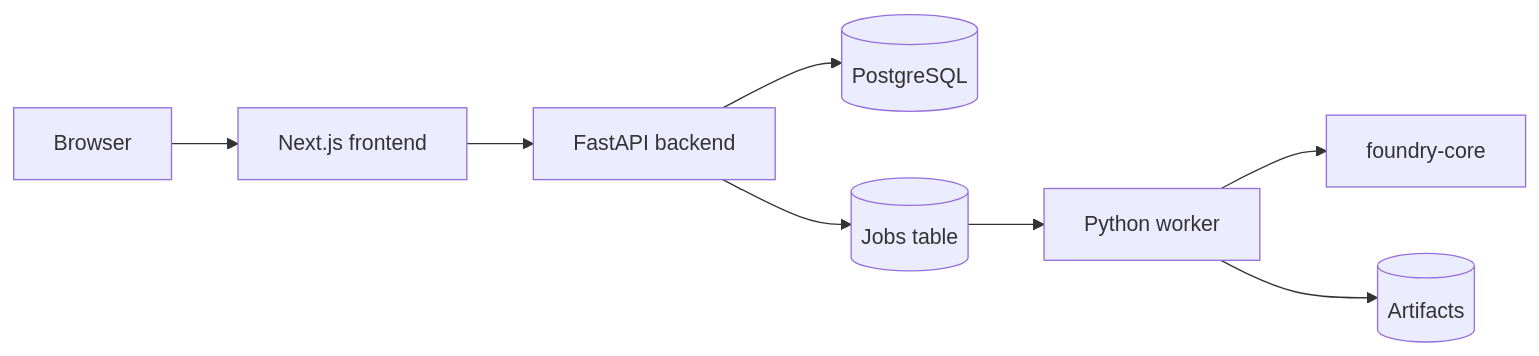
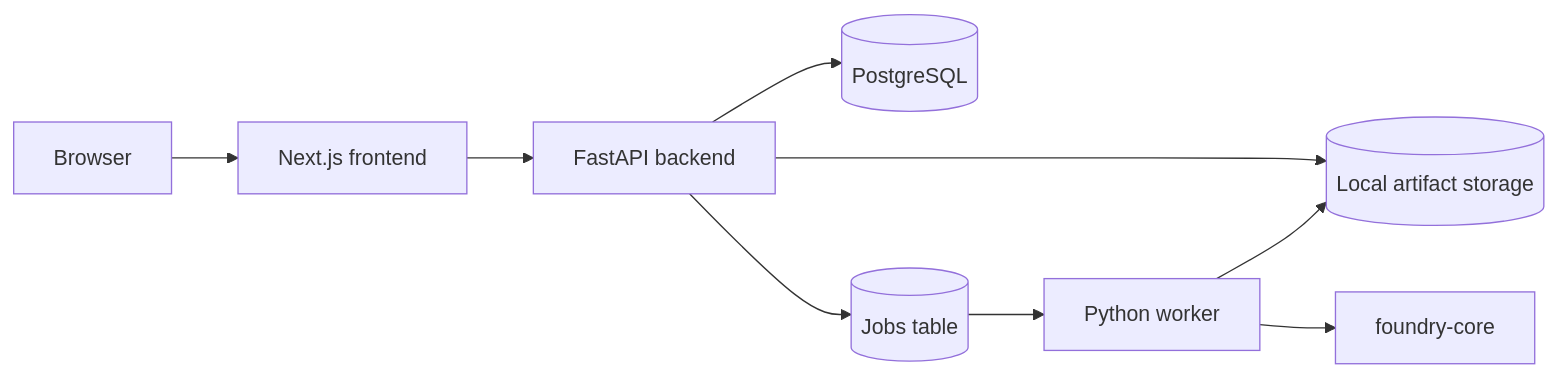
The first of 3 diagrams in docs/architecture.md (nikhiljethava/quantum-computing), drawn with Mermaid before and after one commit. The commit also changed other lines of this file and 6 other files, not shown here.

````diff
--- a/docs/architecture.md
+++ b/docs/architecture.md
@@ -23,10 +56,11 @@
 ```mermaid
 flowchart LR
     U["Browser"] --> F["Next.js frontend"]
     F --> A["FastAPI backend"]
     A --> DB[("PostgreSQL")]
+    A --> FS[("Local artifact storage")]
     A --> J[("Jobs table")]
     J --> W["Python worker"]
     W --> C["foundry-core"]
-    W --> S[("Artifacts")]
+    W --> FS
 ```
````
